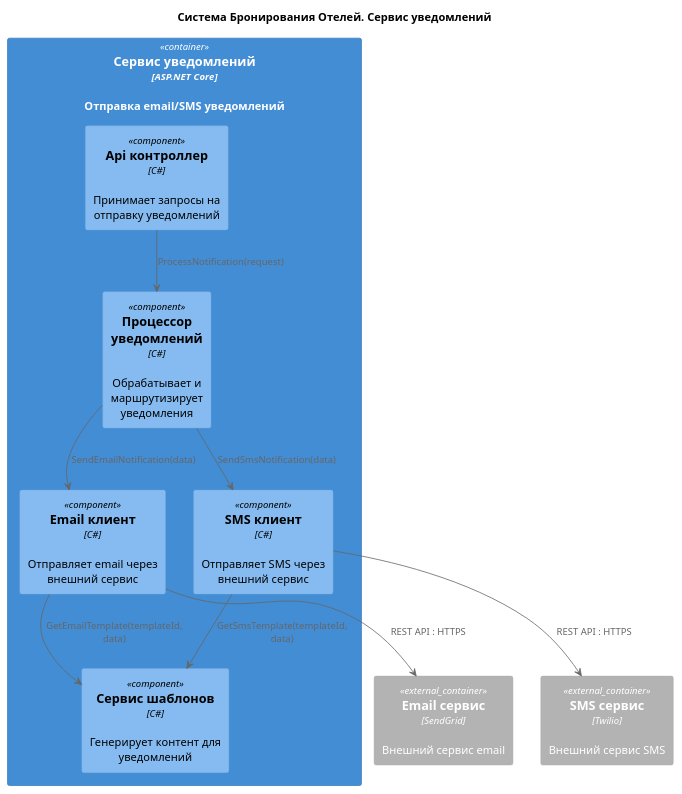
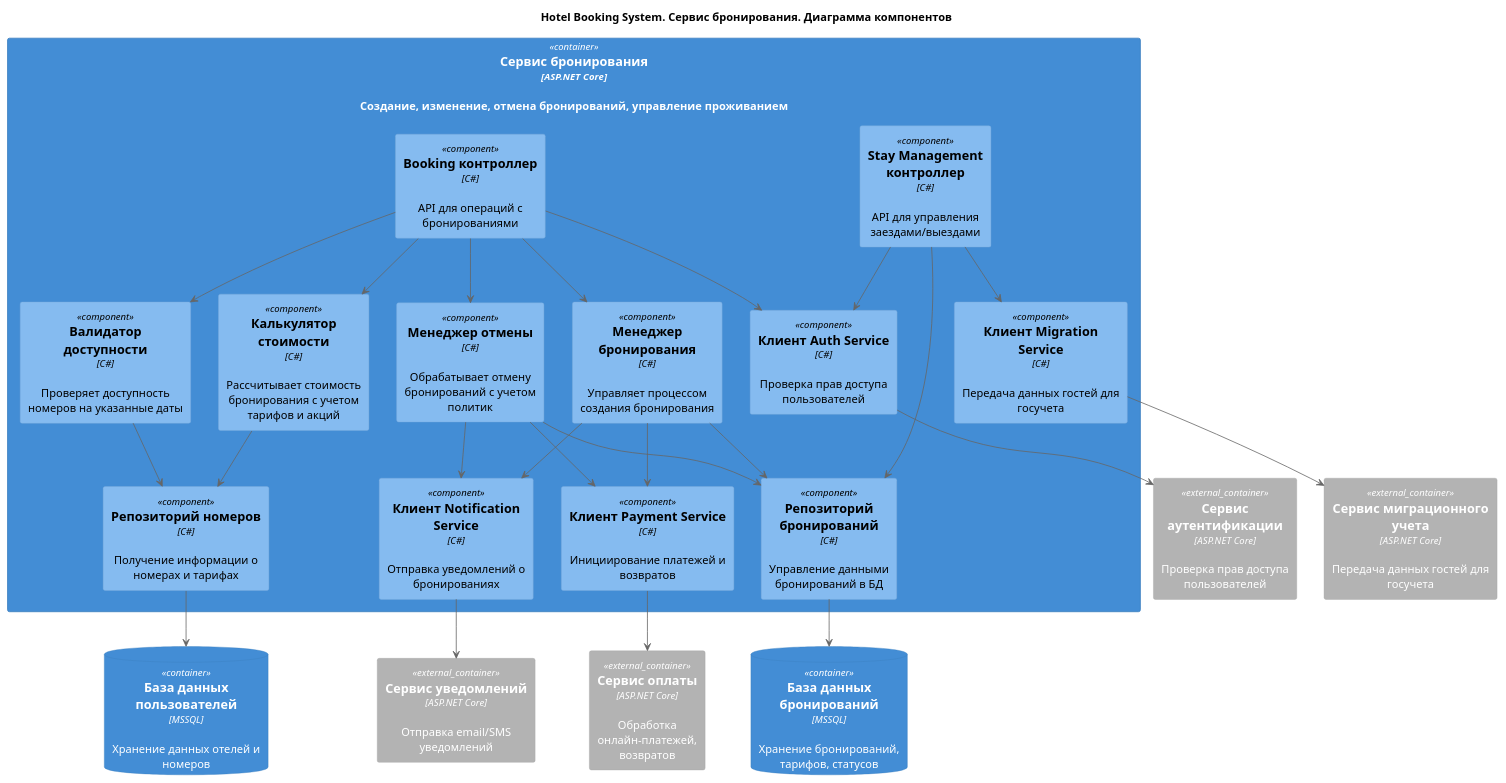
One commit to neegorolewa/project-doc changed the diagram in 2. Технический проект/c4-component.puml. Above: the diagram before and after it, drawn with PlantUML. The commit also changed 14 other files, not shown here.

```diff
--- a/2. Технический проект/c4-component.puml
+++ b/2. Технический проект/c4-component.puml
@@ -1,31 +1,72 @@
-@startuml
+@startuml HotelBookingSystem Компоненты
 
 !include https://raw.githubusercontent.com/plantuml-stdlib/C4-PlantUML/master/C4_Component.puml
 
-title "Система Бронирования Отелей. Сервис уведомлений"
+title "Hotel Booking System. Сервис бронирования. Диаграмма компонентов"
 
-Container(notificationService, "Сервис уведомлений", "ASP.NET Core", "Отправка email/SMS уведомлений") {
+Container(bookingService, "Сервис бронирования", "ASP.NET Core", "Создание, изменение, отмена бронирований, управление проживанием") {
     
-    Component(notificationController, "Api контроллер", "C#", "Принимает запросы на отправку уведомлений")
+    Component(bookingController, "Booking контроллер", "C#", "API для операций с бронированиями")
     
-    Component(notificationProcessor, "Процессор уведомлений", "C#", "Обрабатывает и маршрутизирует уведомления")
-        notificationController --> notificationProcessor : "ProcessNotification(request)"
+    Component(stayManagementController, "Stay Management контроллер", "C#", "API для управления заездами/выездами")
     
-    Component(emailServiceClient, "Email клиент", "C#", "Отправляет email через внешний сервис")
-        notificationProcessor --> emailServiceClient : "SendEmailNotification(data)"
+    Component(availabilityValidator, "Валидатор доступности", "C#", "Проверяет доступность номеров на указанные даты")
     
-    Component(smsServiceClient, "SMS клиент", "C#", "Отправляет SMS через внешний сервис")
-        notificationProcessor --> smsServiceClient : "SendSmsNotification(data)"
+    Component(pricingCalculator, "Калькулятор стоимости", "C#", "Рассчитывает стоимость бронирования с учетом тарифов и акций")
     
-    Component(templateService, "Сервис шаблонов", "C#", "Генерирует контент для уведомлений")
-        emailServiceClient --> templateService : "GetEmailTemplate(templateId, data)"
-        smsServiceClient --> templateService : "GetSmsTemplate(templateId, data)"
+    Component(reservationOrchestrator, "Менеджер бронирования", "C#", "Управляет процессом создания бронирования")
+    
+    Component(cancellationManager, "Менеджер отмены", "C#", "Обрабатывает отмену бронирований с учетом политик")
+    
+    Component(bookingRepository, "Репозиторий бронирований", "C#", "Управление данными бронирований в БД")
+    
+    Component(roomRepository, "Репозиторий номеров", "C#", "Получение информации о номерах и тарифах")
+    
+    Component(paymentServiceClient, "Клиент Payment Service", "C#", "Инициирование платежей и возвратов")
+    
+    Component(notificationServiceClient, "Клиент Notification Service", "C#", "Отправка уведомлений о бронированиях")
+    
+    Component(migrationServiceClient, "Клиент Migration Service", "C#", "Передача данных гостей для госучета")
+    
+    Component(authServiceClient, "Клиент Auth Service", "C#", "Проверка прав доступа пользователей")
+    
+    bookingController --> availabilityValidator
+    bookingController --> pricingCalculator
+    bookingController --> reservationOrchestrator
+    bookingController --> cancellationManager
+    
+    stayManagementController --> bookingRepository
+    
+    reservationOrchestrator --> bookingRepository
+    reservationOrchestrator --> paymentServiceClient
+    reservationOrchestrator --> notificationServiceClient
+    
+    cancellationManager --> bookingRepository
+    cancellationManager --> paymentServiceClient
+    cancellationManager --> notificationServiceClient
+    
+    availabilityValidator --> roomRepository
+    pricingCalculator --> roomRepository
+    
+    bookingController --> authServiceClient
+    stayManagementController --> authServiceClient
+    stayManagementController --> migrationServiceClient
 }
 
-Container_Ext(emailService, "Email сервис", "SendGrid", "Внешний сервис email")
-    emailServiceClient --> emailService : "REST API : HTTPS"
+Container_Ext(paymentService, "Сервис оплаты", "ASP.NET Core", "Обработка онлайн-платежей, возвратов")
+Container_Ext(notificationService, "Сервис уведомлений", "ASP.NET Core", "Отправка email/SMS уведомлений")
+Container_Ext(migrationService, "Сервис миграционного учета", "ASP.NET Core", "Передача данных гостей для госучета")
+Container_Ext(authService, "Сервис аутентификации", "ASP.NET Core", "Проверка прав доступа пользователей")
 
-Container_Ext(smsService, "SMS сервис", "Twilio", "Внешний сервис SMS")
-    smsServiceClient --> smsService : "REST API : HTTPS"
+ContainerDb(bookingDb, "База данных бронирований", "MSSQL", "Хранение бронирований, тарифов, статусов")
+ContainerDb(userDb, "База данных пользователей", "MSSQL", "Хранение данных отелей и номеров")
+
+paymentServiceClient --> paymentService
+notificationServiceClient --> notificationService
+migrationServiceClient --> migrationService
+authServiceClient --> authService
+
+bookingRepository --> bookingDb
+roomRepository --> userDb
 
 @enduml
```
